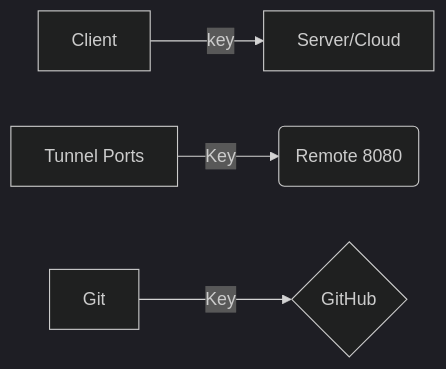
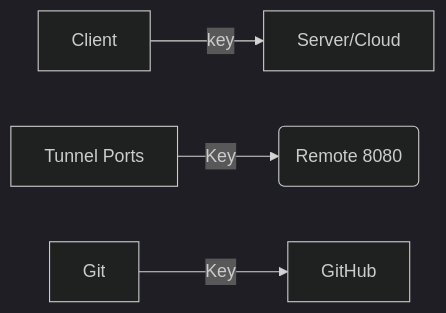
The second of 2 diagrams in README.md (Erickcufe/linux_bash_data), drawn with Mermaid (dark theme) before and after one commit.

````diff
--- a/README.md
+++ b/README.md
@@ -132,6 +132,6 @@
 ```mermaid
 graph LR
 A[Client] -- key --> B[Server/Cloud]
 C[Tunnel Ports] -- Key --> D(Remote 8080)
-E[Git] -- Key --> F{GitHub}
+E[Git] -- Key --> F[GitHub]
 ```
````
